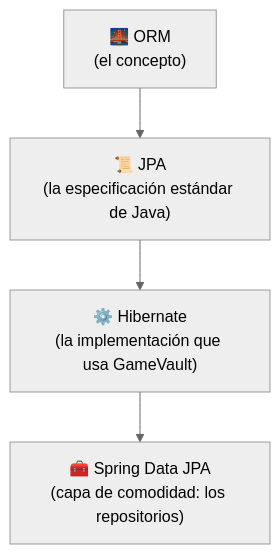
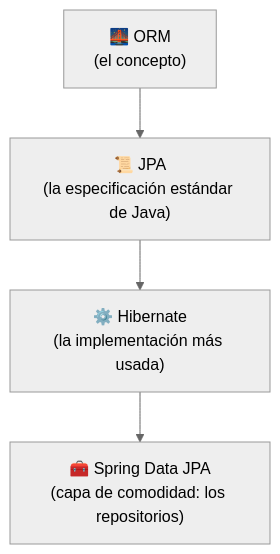
One commit to aitorventura/acceso-a-datos changed the first of 2 diagrams in docs/tema2/instalacion-configuracion-orm.md. Above: the diagram before and after it, drawn with Mermaid (neutral theme). The commit also changed other lines of this file and 19 other files, not shown here.

````diff
--- a/docs/tema2/instalacion-configuracion-orm.md
+++ b/docs/tema2/instalacion-configuracion-orm.md
@@ -36,6 +36,6 @@
 ```mermaid
 flowchart TB
     A["🌉 ORM<br/>(el concepto)"] --> B["📜 JPA<br/>(la especificación estándar de Java)"]
-    B --> C["⚙️ Hibernate<br/>(la implementación que usa GameVault)"]
+    B --> C["⚙️ Hibernate<br/>(la implementación más usada)"]
     C --> D["🧰 Spring Data JPA<br/>(capa de comodidad: los repositorios)"]
 ```
````
